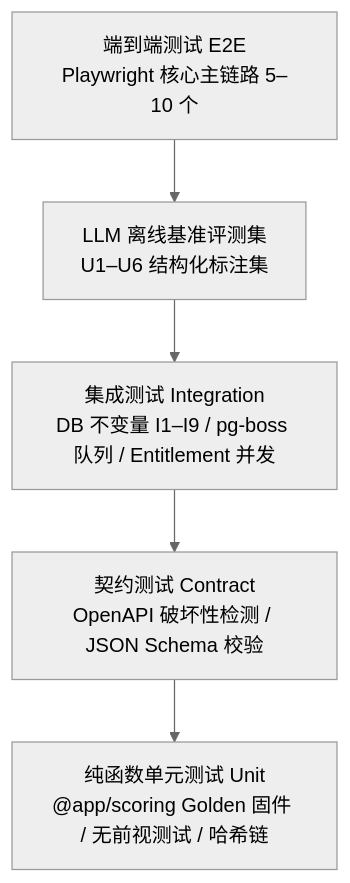
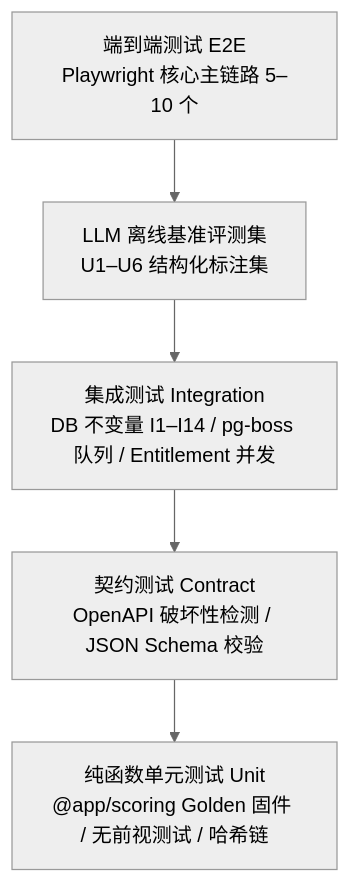
The first of 2 diagrams in docs/18-QA-TEST-STRATEGY.md (500wango/emeradar), drawn with Mermaid (neutral theme) before and after one commit. The commit also changed other lines of this file and 26 other files, not shown here.

````diff
--- a/docs/18-QA-TEST-STRATEGY.md
+++ b/docs/18-QA-TEST-STRATEGY.md
@@ -19,13 +19,13 @@
 ```mermaid
 flowchart TD
   E2E[端到端测试 E2E<br/>Playwright 核心主链路 5–10 个]
   LLM_EVAL[LLM 离线基准评测集<br/>U1–U6 结构化标注集]
-  INTEG[集成测试 Integration<br/>DB 不变量 I1–I9 / pg-boss 队列 / Entitlement 并发]
+  INTEG[集成测试 Integration<br/>DB 不变量 I1–I14 / pg-boss 队列 / Entitlement 并发]
   CONTRACT[契约测试 Contract<br/>OpenAPI 破坏性检测 / JSON Schema 校验]
   UNIT[纯函数单元测试 Unit<br/>@app/scoring Golden 固件 / 无前视测试 / 哈希链]
 
   E2E --> LLM_EVAL
   LLM_EVAL --> INTEG
   INTEG --> CONTRACT
   CONTRACT --> UNIT
 ```
````
